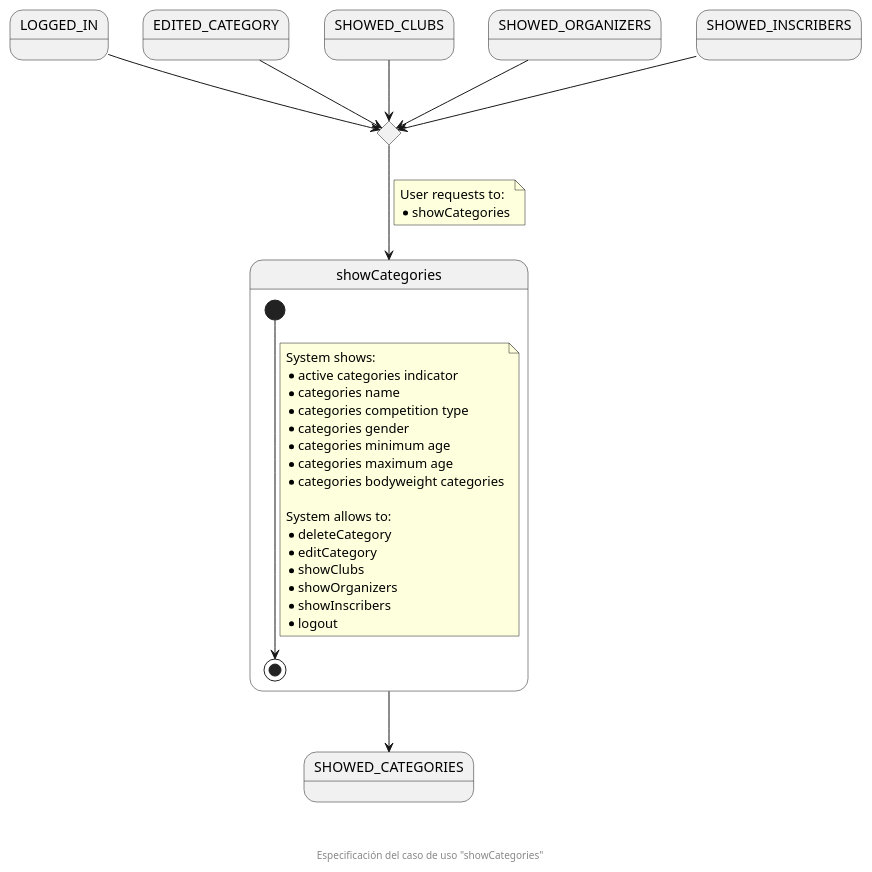
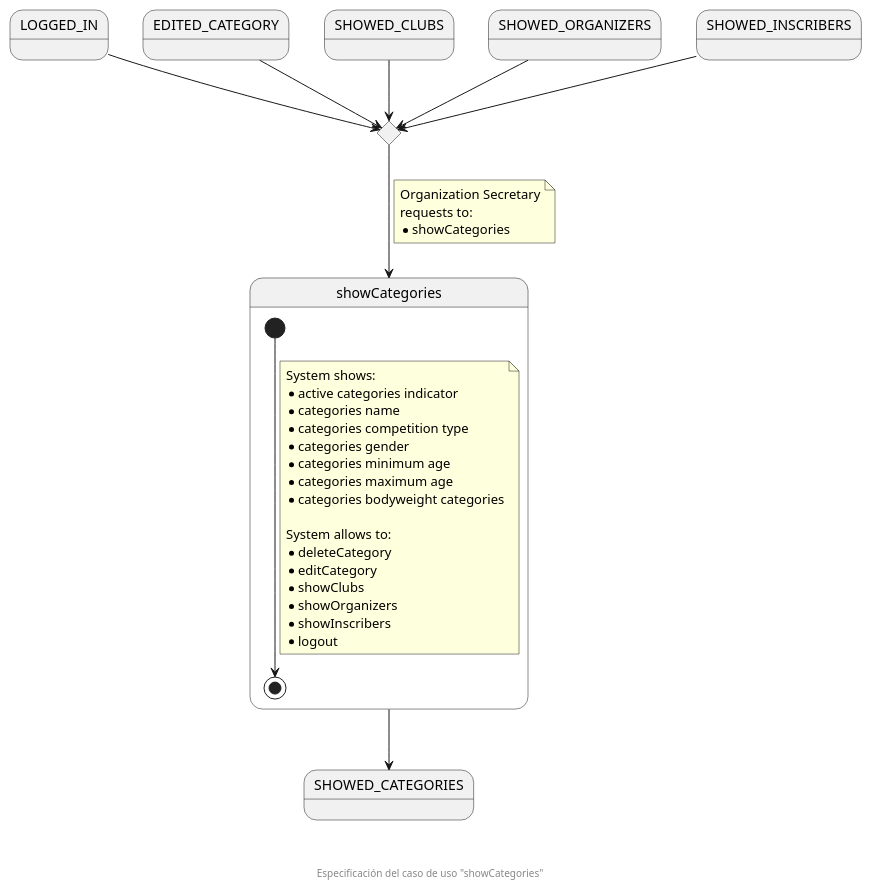
The diagram in documentation/diagrams/1_requirements/3_useCasesSpecification/organizationSecretary/01_showCategories.puml (zuldare/mastercloud_pfm_halterocms), drawn with PlantUML before and after one commit. The commit also changed 11 other files, not shown here.

Commit message:
docs: improve use cases specification diagrams

```diff
--- a/documentation/diagrams/1_requirements/3_useCasesSpecification/organizationSecretary/01_showCategories.puml
+++ b/documentation/diagrams/1_requirements/3_useCasesSpecification/organizationSecretary/01_showCategories.puml
@@ -1,47 +1,48 @@
 @startuml
 state LOGGED_IN
 state EDITED_CATEGORY
 state SHOWED_CLUBS
 state SHOWED_ORGANIZERS
 state SHOWED_INSCRIBERS
 
 state enterShowCategoriesCHC <<choice>>
 
 state showCategories {
   [*] --> [*]
   note on link
     System shows:
     * active categories indicator
     * categories name
     * categories competition type
     * categories gender
     * categories minimum age
     * categories maximum age
     * categories bodyweight categories
 
     System allows to:
     * deleteCategory
     * editCategory
     * showClubs
     * showOrganizers
     * showInscribers
     * logout
   end note
 }
 state SHOWED_CATEGORIES
 
 LOGGED_IN --> enterShowCategoriesCHC
 EDITED_CATEGORY --> enterShowCategoriesCHC
 SHOWED_CLUBS --> enterShowCategoriesCHC
 SHOWED_ORGANIZERS --> enterShowCategoriesCHC
 SHOWED_INSCRIBERS --> enterShowCategoriesCHC
 
 enterShowCategoriesCHC --> showCategories
 note on link
-  User requests to:
+  Organization Secretary
+  requests to:
   * showCategories
 end note
 showCategories --> SHOWED_CATEGORIES
 
 footer \n\n\n Especificación del caso de uso "showCategories"
 @enduml
```
